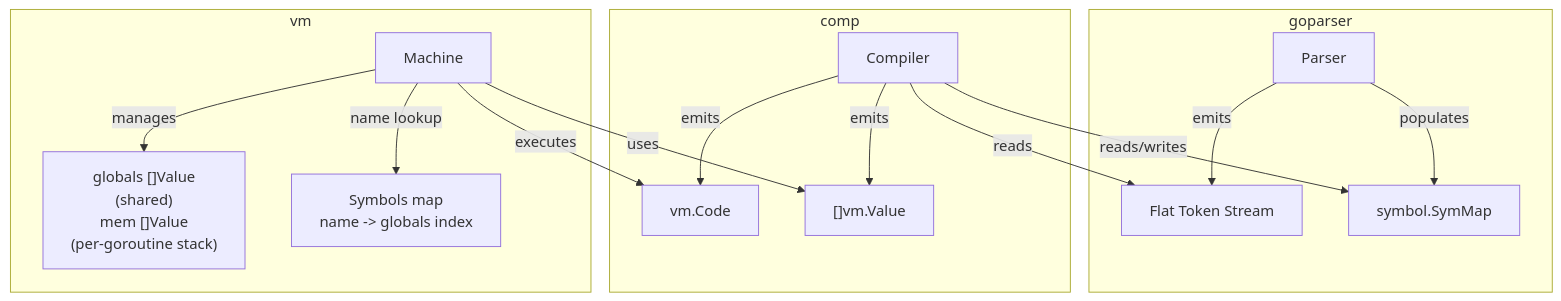
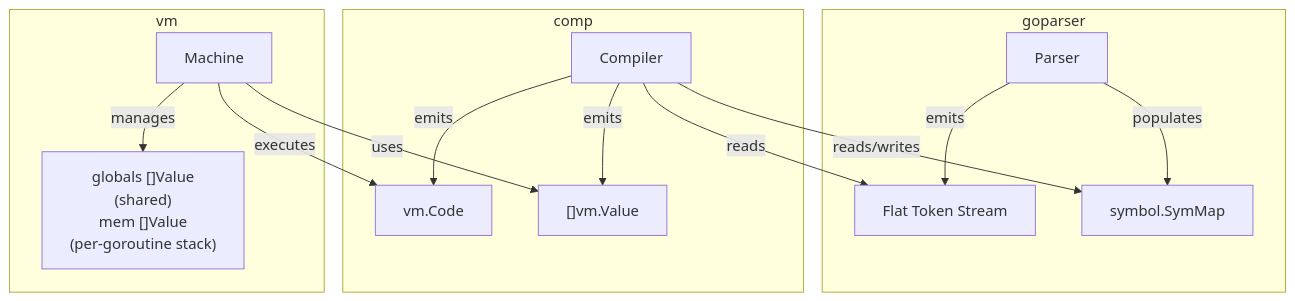
One commit to mvertes/parscan changed the second of 2 diagrams in docs/architecture.md. Above: the diagram before and after it, drawn with Mermaid. The commit also changed 5 other files, not shown here.

````diff
--- a/docs/architecture.md
+++ b/docs/architecture.md
@@ -30,19 +30,18 @@
 ```mermaid
 flowchart TD
     subgraph "goparser"
         P[Parser] -->|emits| FT[Flat Token Stream]
         P -->|populates| SM[symbol.SymMap]
     end
     subgraph "comp"
         C[Compiler] -->|reads| FT
         C -->|reads/writes| SM
         C -->|emits| Code["vm.Code"]
         C -->|emits| Data["[]vm.Value"]
     end
     subgraph "vm"
         M[Machine] -->|executes| Code
         M -->|uses| Data
         M -->|manages| Mem["globals []Value\n(shared)\nmem []Value\n(per-goroutine stack)"]
-        M -->|name lookup| Syms["Symbols map\nname -> globals index"]
     end
 ```
````
